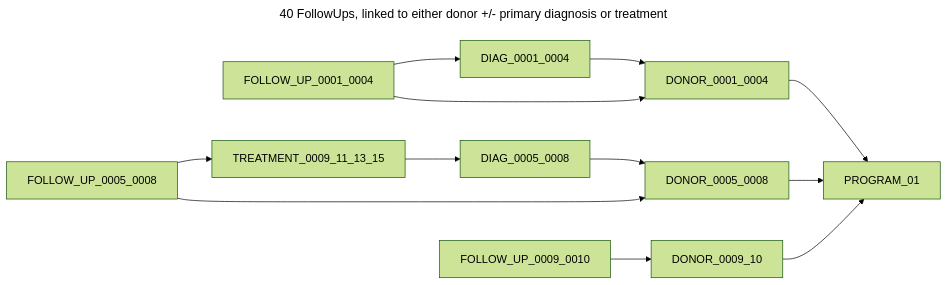
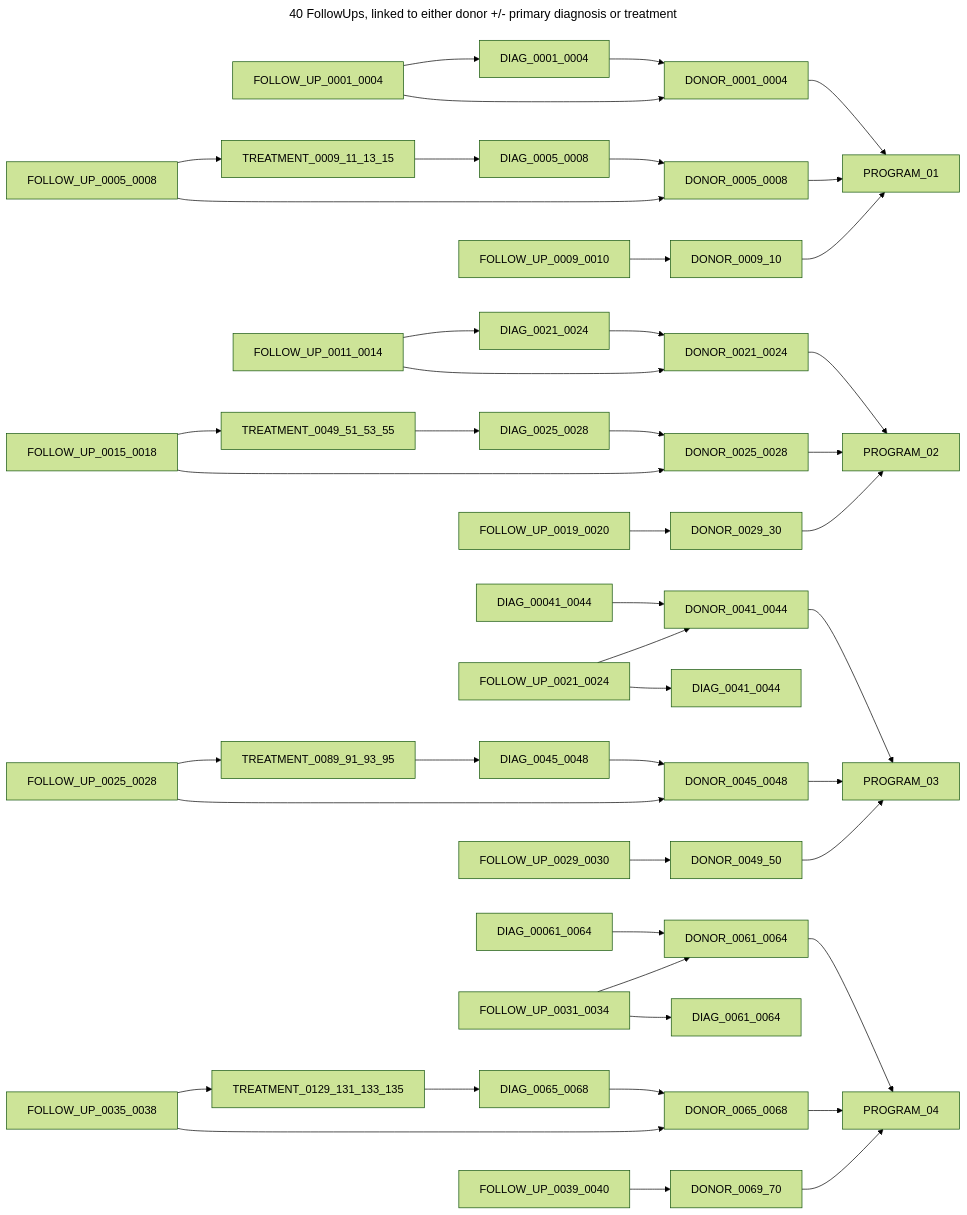
One commit to CanDIG/katsu changed the seventh of 9 diagrams in chord_metadata_service/mohpackets/data/small_dataset/README.md. Above: the diagram before and after it, drawn with Mermaid (forest theme). The commit also changed other lines of this file, not shown here.

````diff
--- a/chord_metadata_service/mohpackets/data/small_dataset/README.md
+++ b/chord_metadata_service/mohpackets/data/small_dataset/README.md
@@ -121,15 +121,39 @@
 ```mermaid
 ---
 title: 40 FollowUps, linked to either donor +/- primary diagnosis or treatment
 ---
 graph LR;  
   DIAG_0001_0004 --> DONOR_0001_0004 --> PROGRAM_01;
   FOLLOW_UP_0001_0004 --> DONOR_0001_0004;
   FOLLOW_UP_0001_0004 --> DIAG_0001_0004;
   TREATMENT_0009_11_13_15 --> DIAG_0005_0008 --> DONOR_0005_0008 --> PROGRAM_01;
   FOLLOW_UP_0005_0008 --> DONOR_0005_0008;
   FOLLOW_UP_0005_0008 --> TREATMENT_0009_11_13_15;
   FOLLOW_UP_0009_0010 --> DONOR_0009_10 --> PROGRAM_01;
+
+  DIAG_0021_0024 --> DONOR_0021_0024 --> PROGRAM_02;
+  FOLLOW_UP_0011_0014 --> DONOR_0021_0024;
+  FOLLOW_UP_0011_0014 --> DIAG_0021_0024;
+  TREATMENT_0049_51_53_55 --> DIAG_0025_0028 --> DONOR_0025_0028 --> PROGRAM_02;
+  FOLLOW_UP_0015_0018 --> DONOR_0025_0028;
+  FOLLOW_UP_0015_0018 --> TREATMENT_0049_51_53_55;
+  FOLLOW_UP_0019_0020 --> DONOR_0029_30 --> PROGRAM_02;
+
+  DIAG_00041_0044 --> DONOR_0041_0044 --> PROGRAM_03;
+  FOLLOW_UP_0021_0024 --> DONOR_0041_0044;
+  FOLLOW_UP_0021_0024 --> DIAG_0041_0044;
+  TREATMENT_0089_91_93_95 --> DIAG_0045_0048 --> DONOR_0045_0048 --> PROGRAM_03;
+  FOLLOW_UP_0025_0028 --> DONOR_0045_0048;
+  FOLLOW_UP_0025_0028 --> TREATMENT_0089_91_93_95;
+  FOLLOW_UP_0029_0030 --> DONOR_0049_50 --> PROGRAM_03;
+
+  DIAG_00061_0064 --> DONOR_0061_0064 --> PROGRAM_04;
+  FOLLOW_UP_0031_0034 --> DONOR_0061_0064;
+  FOLLOW_UP_0031_0034 --> DIAG_0061_0064;
+  TREATMENT_0129_131_133_135 --> DIAG_0065_0068 --> DONOR_0065_0068 --> PROGRAM_04;
+  FOLLOW_UP_0035_0038 --> DONOR_0065_0068;
+  FOLLOW_UP_0035_0038 --> TREATMENT_0129_131_133_135;
+  FOLLOW_UP_0039_0040 --> DONOR_0069_70 --> PROGRAM_04;
   
   
 ```
````
